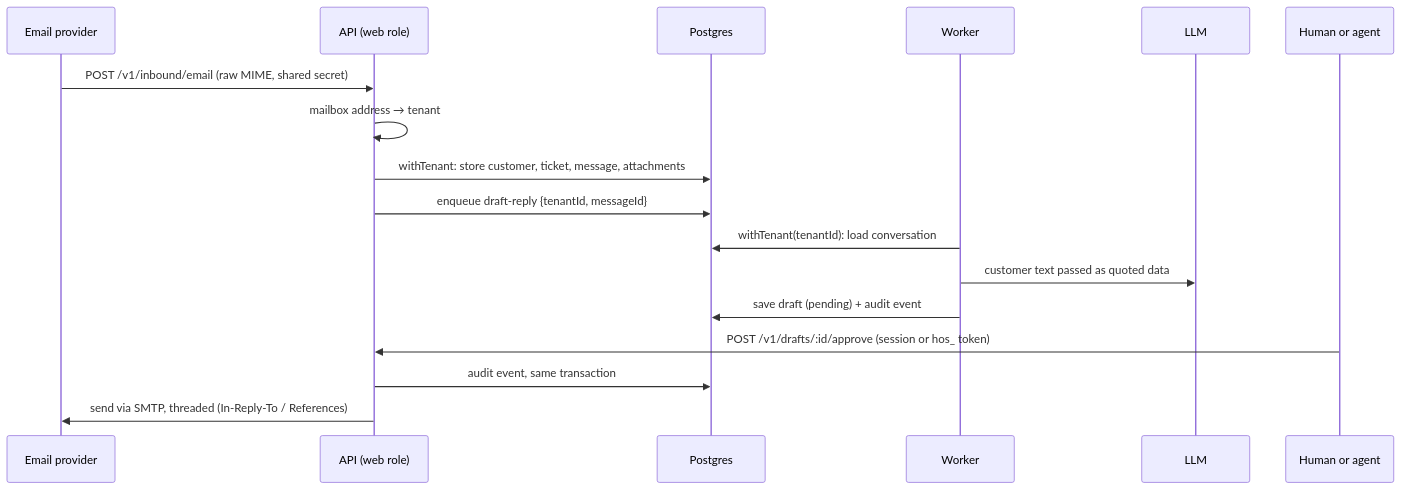
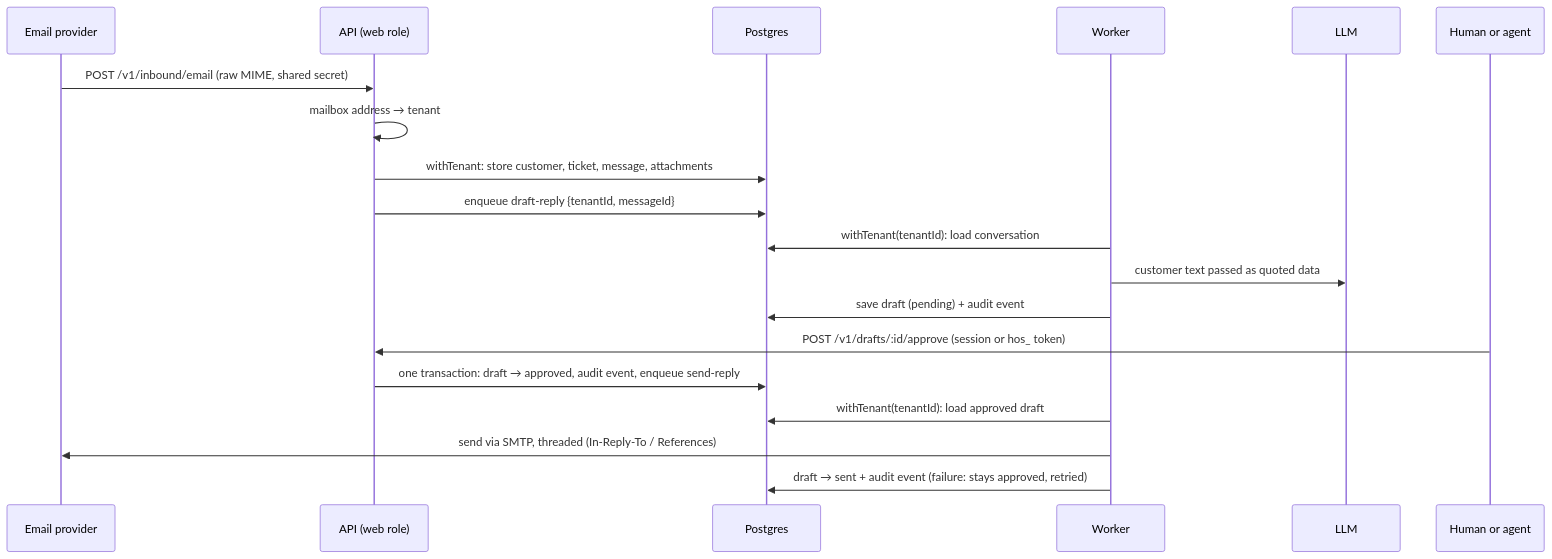
One commit to bsteps/helpos changed the second of 2 diagrams in docs/architecture/overview.md. Above: the diagram before and after it, drawn with Mermaid. The commit also changed other lines of this file, not shown here.

First line of the commit message:
docs(architecture): send email from a queued job, users have no tenant_id

````diff
--- a/docs/architecture/overview.md
+++ b/docs/architecture/overview.md
@@ -55,20 +55,22 @@
 ```mermaid
 sequenceDiagram
   participant P as Email provider
   participant S as API (web role)
   participant DB as Postgres
   participant Q as Worker
   participant L as LLM
   participant H as Human or agent
 
   P->>S: POST /v1/inbound/email (raw MIME, shared secret)
   S->>S: mailbox address → tenant
   S->>DB: withTenant: store customer, ticket, message, attachments
   S->>DB: enqueue draft-reply {tenantId, messageId}
   Q->>DB: withTenant(tenantId): load conversation
   Q->>L: customer text passed as quoted data
   Q->>DB: save draft (pending) + audit event
   H->>S: POST /v1/drafts/:id/approve (session or hos_ token)
-  S->>DB: audit event, same transaction
-  S->>P: send via SMTP, threaded (In-Reply-To / References)
+  S->>DB: one transaction: draft → approved, audit event, enqueue send-reply
+  Q->>DB: withTenant(tenantId): load approved draft
+  Q->>P: send via SMTP, threaded (In-Reply-To / References)
+  Q->>DB: draft → sent + audit event (failure: stays approved, retried)
 ```
````
